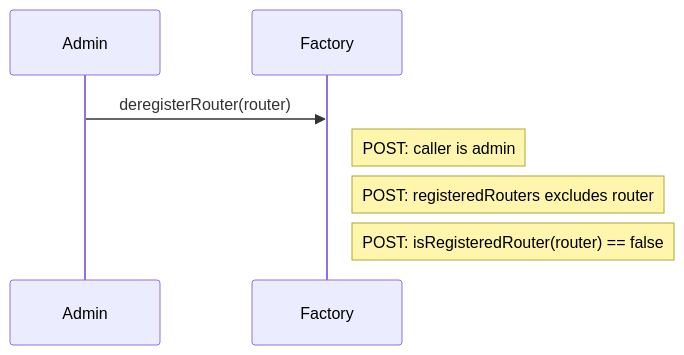
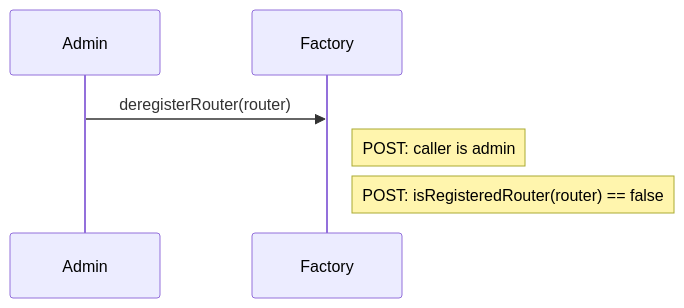
Diagram 21 of 22 in docs/architecture/call-diagrams.md (evgenynacu/leverage-vaults), drawn with Mermaid before and after one commit. The commit also changed other lines of this file and 18 other files, not shown here.

````diff
--- a/docs/architecture/call-diagrams.md
+++ b/docs/architecture/call-diagrams.md
@@ -368,7 +376,6 @@
 ```mermaid
 sequenceDiagram
     Admin->>Factory: deregisterRouter(router)
     note right of Factory: POST: caller is admin
-    note right of Factory: POST: registeredRouters excludes router
     note right of Factory: POST: isRegisteredRouter(router) == false
 ```
````
